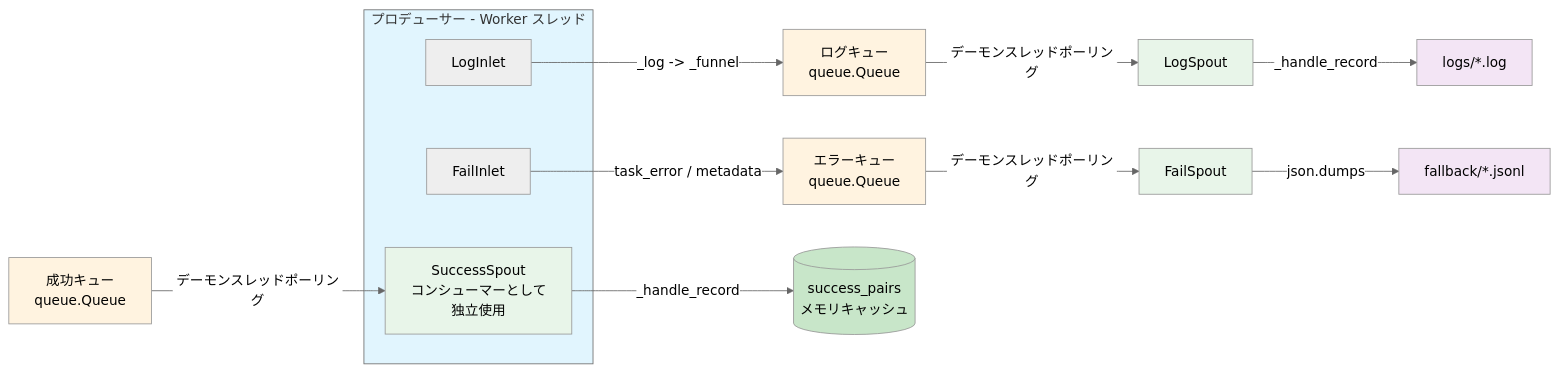
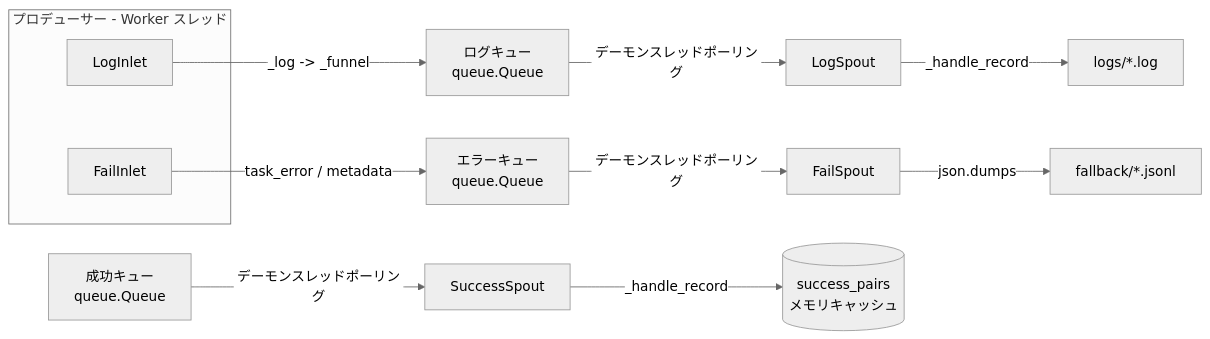
Before and after one commit to Mr-xiaotian/CelestialFlow: the diagram in docs/ja/src/persistence/__init__.md, drawn with Mermaid (neutral theme). The commit also changed other lines of this file and 278 other files, not shown here.

````diff
--- a/docs/ja/src/persistence/__init__.md
+++ b/docs/ja/src/persistence/__init__.md
@@ -95,37 +80,19 @@
 ```mermaid
 flowchart LR
-    subgraph Producer["プロデューサー - Worker スレッド"]
+    subgraph Producer[プロデューサー - Worker スレッド]
         LogInlet[LogInlet]
         FailInlet[FailInlet]
-        SuccessSpout[SuccessSpout
-コンシューマーとして
-独立使用]
     end
 
-    LogInlet -->|_log -> _funnel| LogQueue[ログキュー
-queue.Queue]
-    FailInlet -->|task_error / metadata| FailQueue[エラーキュー
-queue.Queue]
+    LogInlet -->|_log -> _funnel| LogQueue[ログキュー<br/>queue.Queue]
+    FailInlet -->|task_error / metadata| FailQueue[エラーキュー<br/>queue.Queue]
 
     LogQueue -->|デーモンスレッドポーリング| LogSpout[LogSpout]
     FailQueue -->|デーモンスレッドポーリング| FailSpout[FailSpout]
 
     LogSpout -->|_handle_record| LogFile[logs/*.log]
     FailSpout -->|json.dumps| FailFile[fallback/*.jsonl]
 
-    SrcQueue[成功キュー
-queue.Queue] -->|デーモンスレッドポーリング| SuccessSpout
-    SuccessSpout -->|_handle_record| Cache[(success_pairs
-メモリキャッシュ)]
-
-    style Producer fill:#e1f5fe
-    style LogQueue fill:#fff3e0
-    style FailQueue fill:#fff3e0
-    style SrcQueue fill:#fff3e0
-    style LogSpout fill:#e8f5e9
-    style FailSpout fill:#e8f5e9
-    style SuccessSpout fill:#e8f5e9
-    style LogFile fill:#f3e5f5
-    style FailFile fill:#f3e5f5
-    style Cache fill:#c8e6c9
+    SrcQueue[成功キュー<br/>queue.Queue] -->|デーモンスレッドポーリング| SuccessSpout[SuccessSpout]
+    SuccessSpout -->|_handle_record| Cache[(success_pairs<br/>メモリキャッシュ)]
 ```
````
